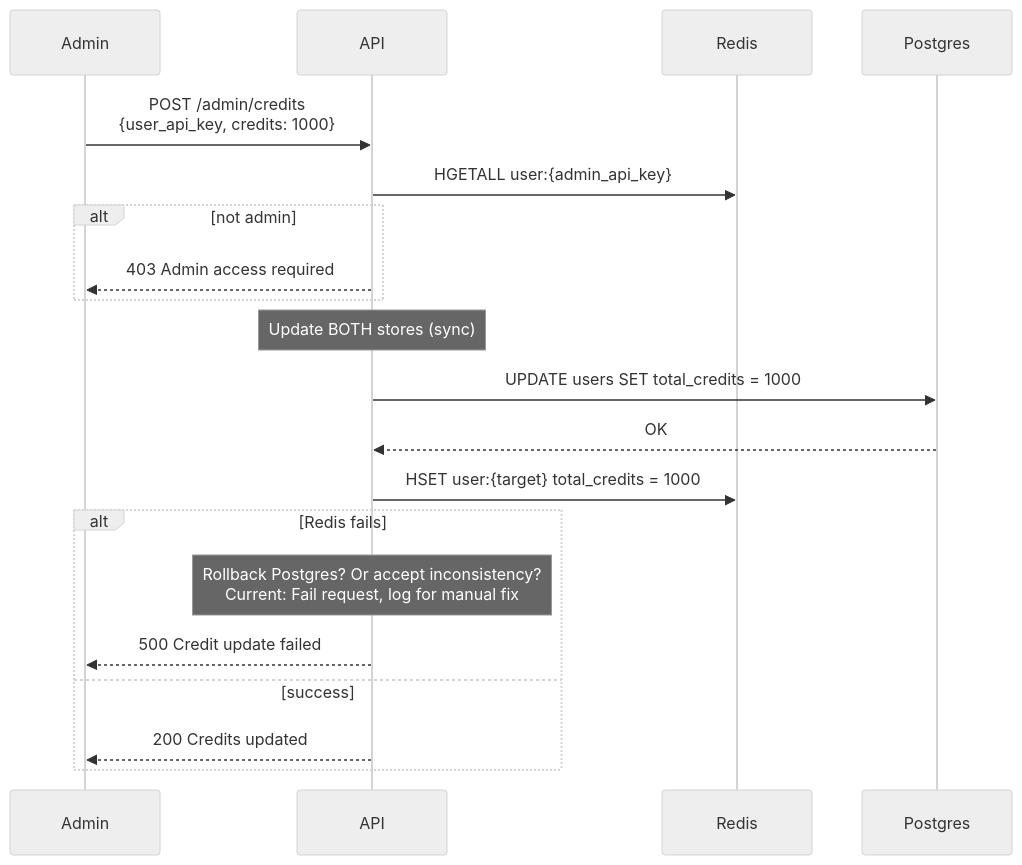
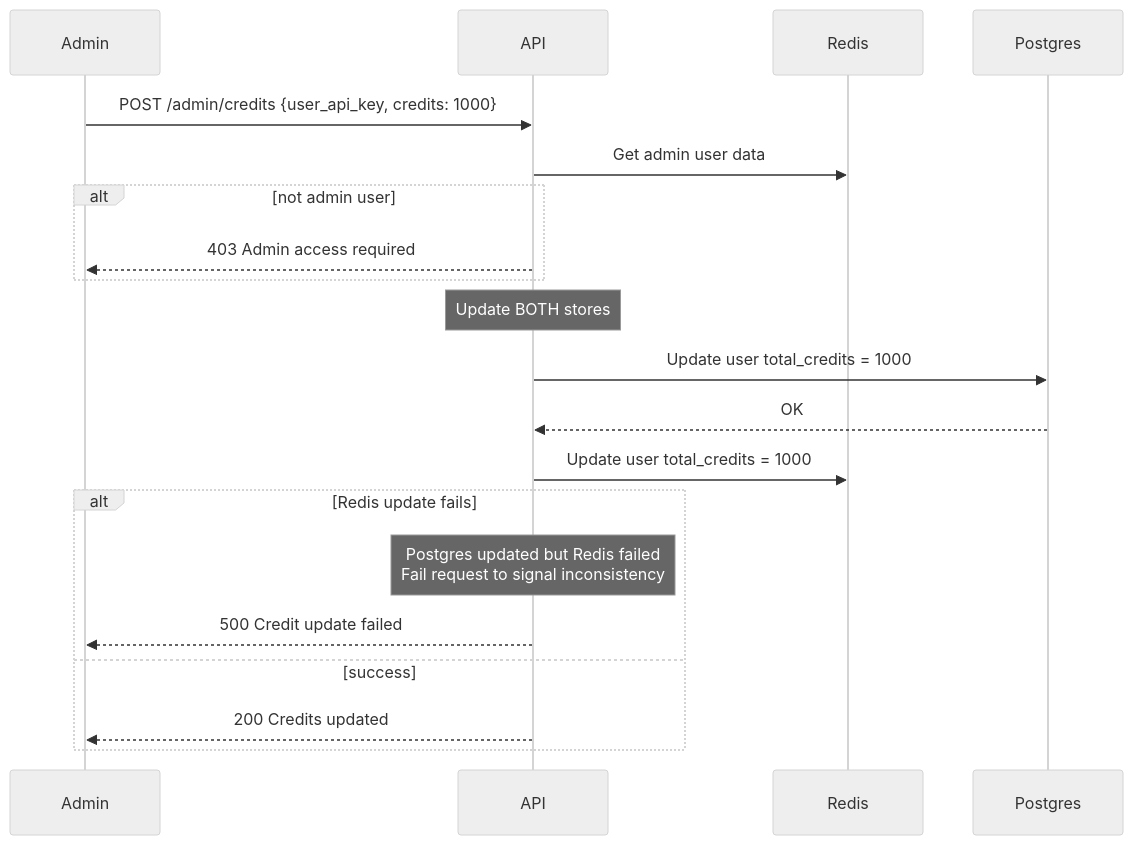
One commit to aregmii/celery-api-quickstart changed the fourth of 4 diagrams in README.md. Above: the diagram before and after it, drawn with Mermaid (neutral theme). The commit also changed other lines of this file, not shown here.

Commit message:
update sequence diagrams

````diff
--- a/README.md
+++ b/README.md
@@ -330,29 +328,29 @@
 ```mermaid
 sequenceDiagram
     participant Admin
     participant API
     participant Redis
     participant Postgres
 
-    Admin->>API: POST /admin/credits<br/>{user_api_key, credits: 1000}
+    Admin->>API: POST /admin/credits {user_api_key, credits: 1000}
 
-    API->>Redis: HGETALL user:{admin_api_key}
+    API->>Redis: Get admin user data
 
-    alt not admin
+    alt not admin user
         API-->>Admin: 403 Admin access required
     end
 
-    Note over API: Update BOTH stores (sync)
+    Note over API: Update BOTH stores
 
-    API->>Postgres: UPDATE users SET total_credits = 1000
+    API->>Postgres: Update user total_credits = 1000
     Postgres-->>API: OK
 
-    API->>Redis: HSET user:{target} total_credits = 1000
+    API->>Redis: Update user total_credits = 1000
 
-    alt Redis fails
-        Note over API: Rollback Postgres? Or accept inconsistency?<br/>Current: Fail request, log for manual fix
+    alt Redis update fails
+        Note over API: Postgres updated but Redis failed<br/>Fail request to signal inconsistency
         API-->>Admin: 500 Credit update failed
     else success
         API-->>Admin: 200 Credits updated
     end
 ```
````
